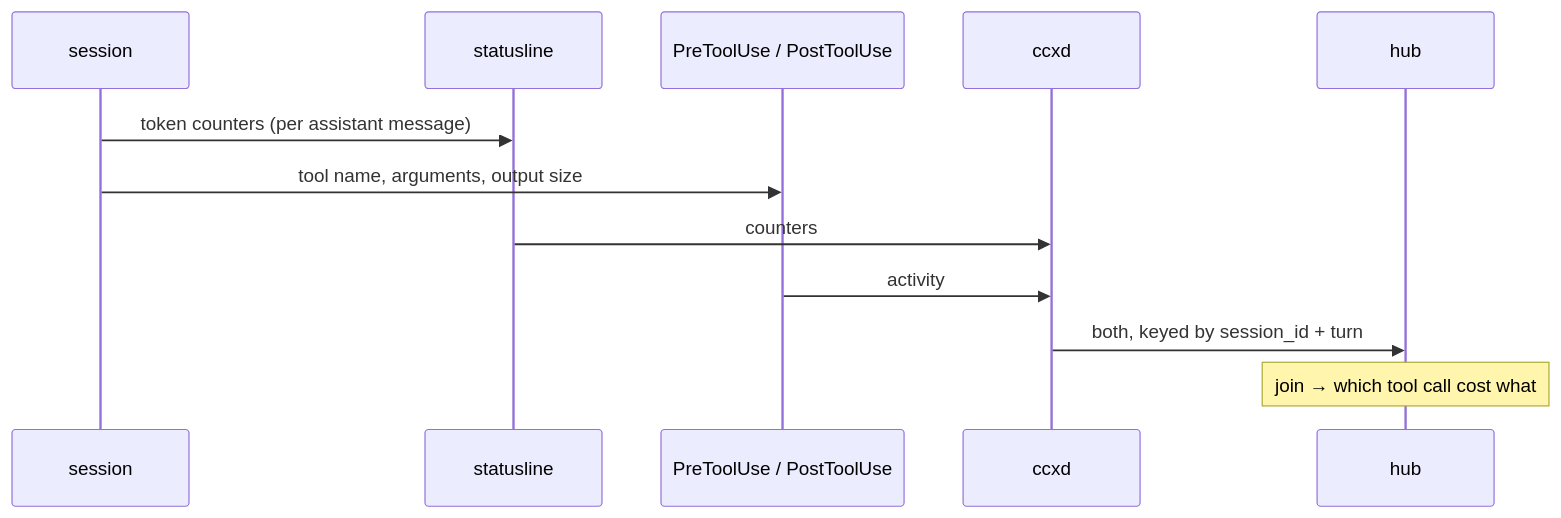
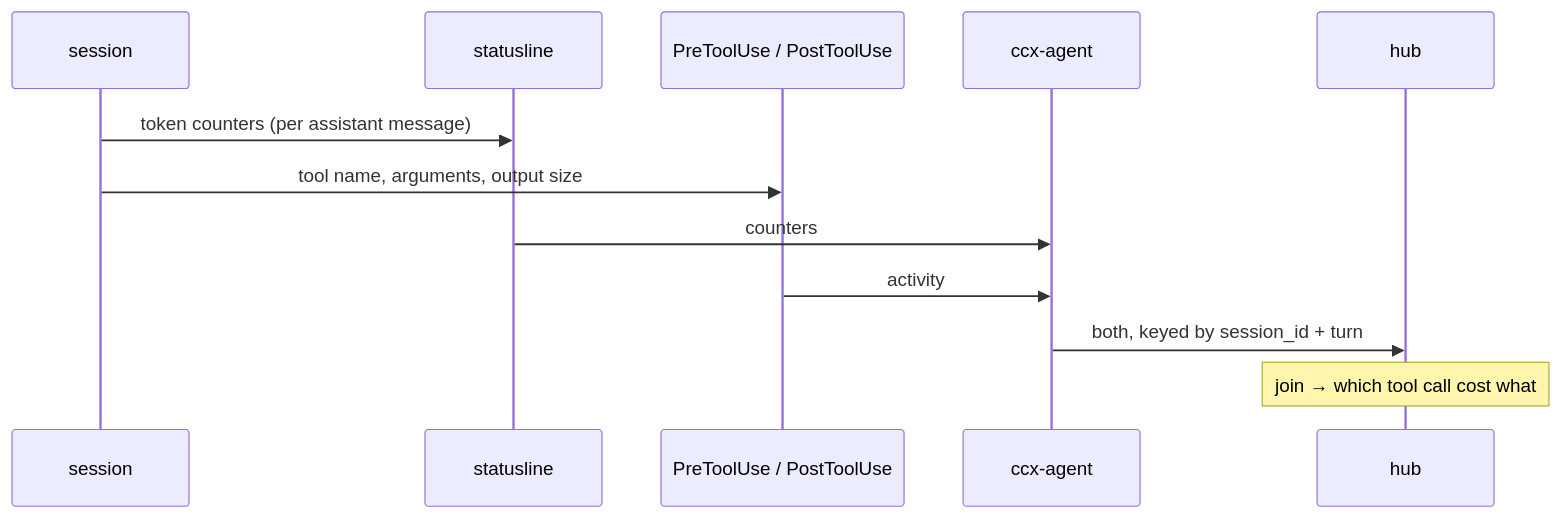
One commit to TakashiAihara/ccx changed the sixth of 8 diagrams in docs/design/use-cases.md. Above: the diagram before and after it, drawn with Mermaid. The commit also changed other lines of this file and 58 other files, not shown here.

First line of the commit message:
chore: rename ccxd to ccx-agent (#131)

````diff
--- a/docs/design/use-cases.md
+++ b/docs/design/use-cases.md
@@ -208,15 +208,15 @@
 ```mermaid
 sequenceDiagram
     participant S as session
     participant SL as statusline
     participant HK as PreToolUse / PostToolUse
-    participant CCXD as ccxd
+    participant AGENT as ccx-agent
     participant HUB as hub
 
     S->>SL: token counters (per assistant message)
     S->>HK: tool name, arguments, output size
-    SL->>CCXD: counters
-    HK->>CCXD: activity
-    CCXD->>HUB: both, keyed by session_id + turn
+    SL->>AGENT: counters
+    HK->>AGENT: activity
+    AGENT->>HUB: both, keyed by session_id + turn
     Note over HUB: join → which tool call cost what
 ```
````
